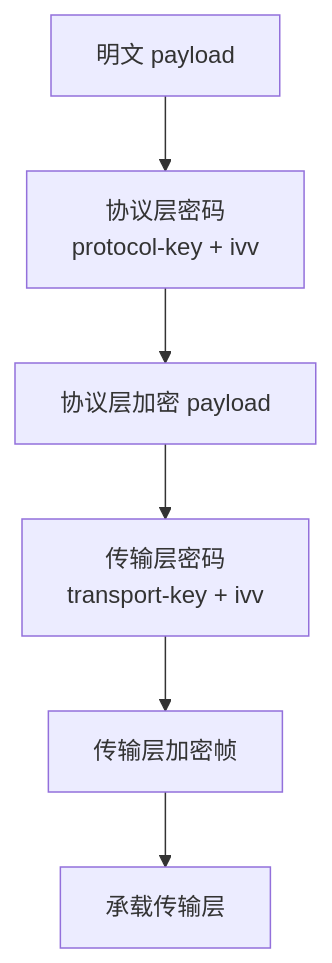
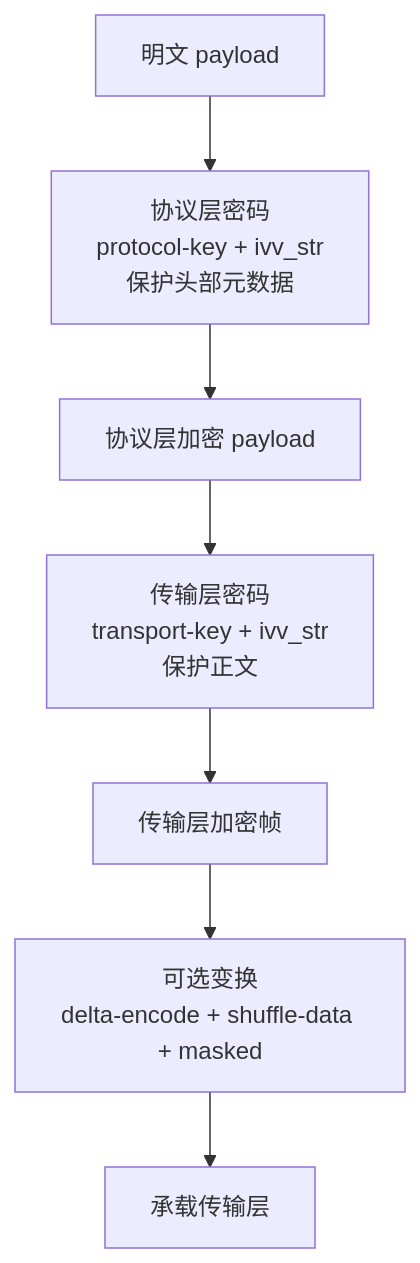
One commit to HyacinthHaru/openppp2 changed the third of 7 diagrams in docs/TUNNEL_DESIGN_CN.md. Above: the diagram before and after it, drawn with Mermaid. The commit also changed other lines of this file and 80 other files, not shown here.

````diff
--- a/docs/TUNNEL_DESIGN_CN.md
+++ b/docs/TUNNEL_DESIGN_CN.md
@@ -101,8 +102,9 @@
 ```mermaid
 flowchart TD
-    A[明文 payload] --> B[协议层密码<br/>protocol-key + ivv]
+    A[明文 payload] --> B[协议层密码<br/>protocol-key + ivv_str<br/>保护头部元数据]
     B --> C[协议层加密 payload]
-    C --> D[传输层密码<br/>transport-key + ivv]
-    D --> E[传输层加密帧]
+    C --> D[传输层密码<br/>transport-key + ivv_str<br/>保护正文]
+    D --> D2[传输层加密帧]
+    D2 --> E[可选变换<br/>delta-encode + shuffle-data + masked]
     E --> F[承载传输层]
 ```
````
